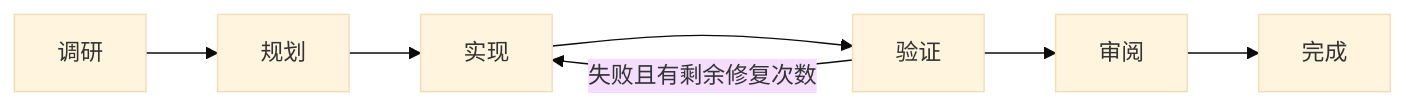
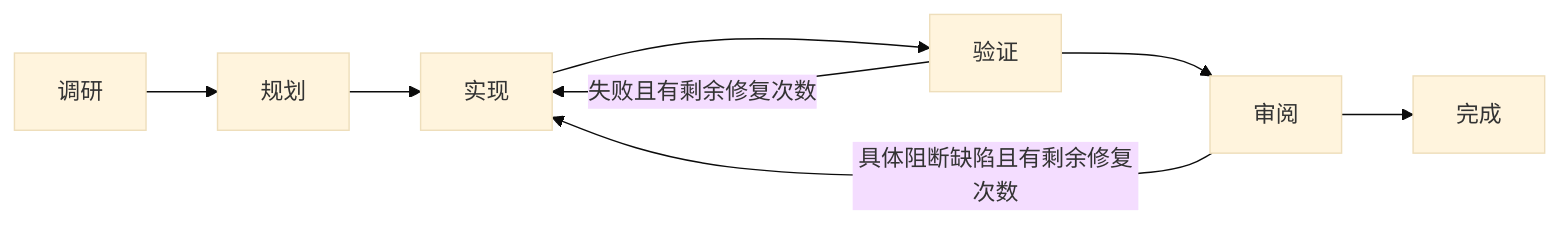
The diagram in README.md (sun-sh/forge-agent), drawn with Mermaid (base theme) before and after one commit. The commit also changed other lines of this file and 74 other files, not shown here.

````diff
--- a/README.md
+++ b/README.md
@@ -68,9 +68,10 @@
 ```mermaid
 flowchart LR
     Inspect[调研] --> Plan[规划]
     Plan --> Implement[实现]
     Implement --> Verify[验证]
     Verify --> Review[审阅]
     Review --> Complete[完成]
     Verify -->|失败且有剩余修复次数| Implement
+    Review -->|具体阻断缺陷且有剩余修复次数| Implement
 ```
````
